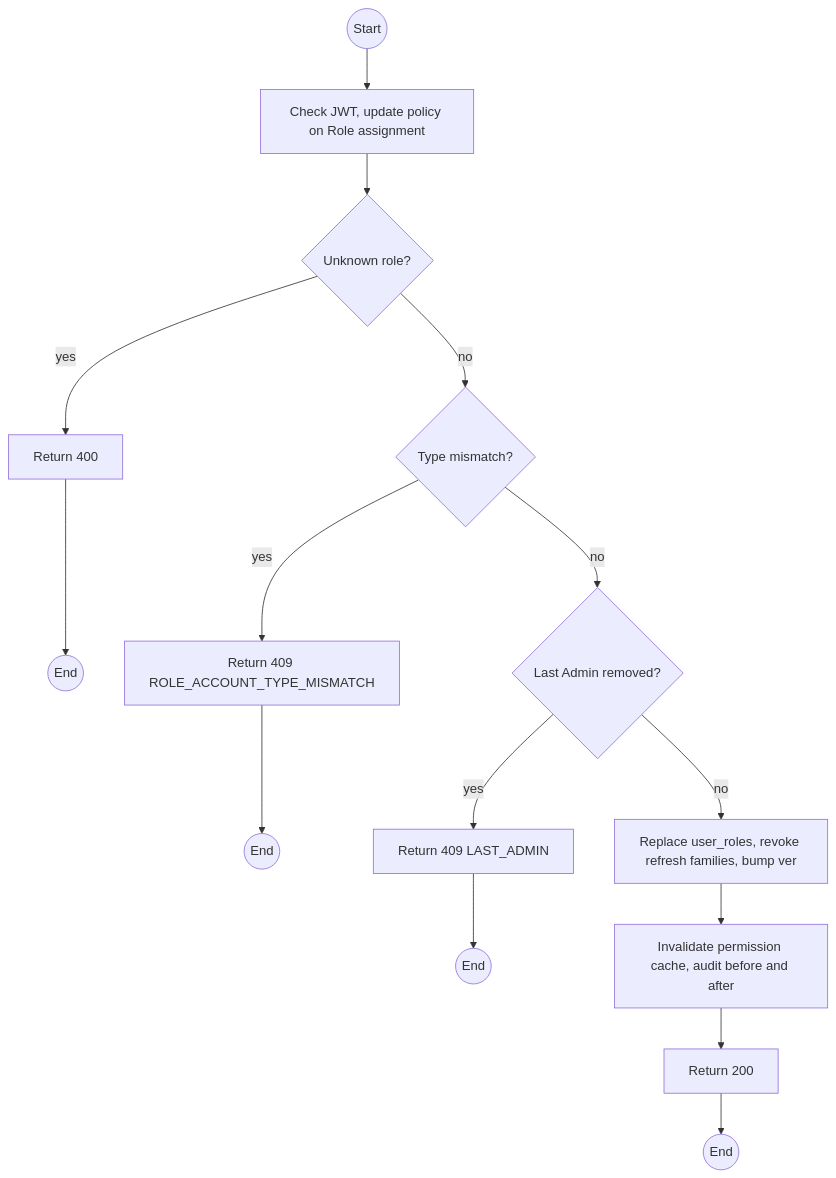
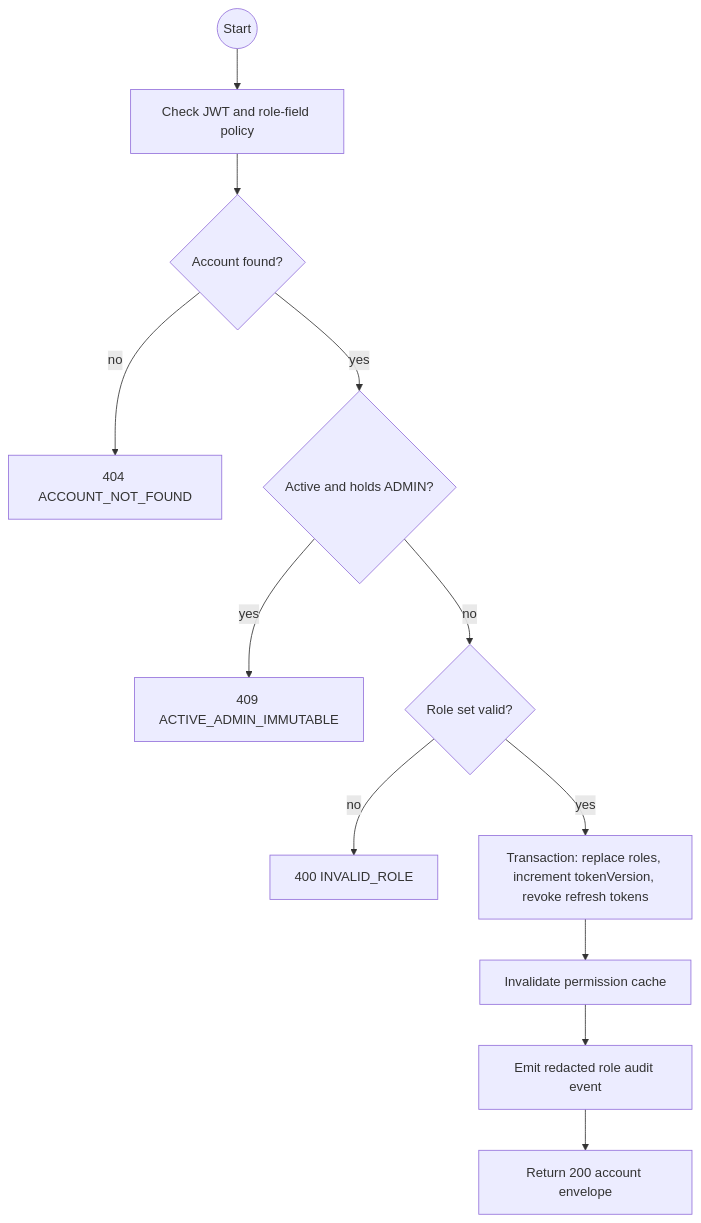
Before and after one commit to TrekLink-Team/treklink-web: the first of 2 diagrams in specs/auth/api-design/14-put-users-roles.md, drawn with Mermaid. The commit also changed other lines of this file and 13 other files, not shown here.

Commit message:
docs(TK-22): specify admin account management

````diff
--- a/specs/auth/api-design/14-put-users-roles.md
+++ b/specs/auth/api-design/14-put-users-roles.md
@@ -173,28 +81,14 @@
 ```mermaid
 flowchart TB
-    S((Start))
-    A1["Check JWT, update policy on Role assignment"]
-    S --> A1
-    D2{"Unknown role?"}
-    A1 --> D2
-    E2["Return 400"]
-    D2 -->|yes| E2
-    E2 --> X2((End))
-    D3{"Type mismatch?"}
-    D2 -->|no| D3
-    E3["Return 409 ROLE_ACCOUNT_TYPE_MISMATCH"]
-    D3 -->|yes| E3
-    E3 --> X3((End))
-    D4{"Last Admin removed?"}
-    D3 -->|no| D4
-    E4["Return 409 LAST_ADMIN"]
-    D4 -->|yes| E4
-    E4 --> X4((End))
-    A5["Replace user_roles, revoke refresh families, bump ver"]
-    D4 -->|no| A5
-    A6["Invalidate permission cache, audit before and after"]
-    A5 --> A6
-    OK["Return 200"]
-    A6 --> OK
-    OK --> Z((End))
+    S((Start)) --> G[Check JWT and role-field policy]
+    G --> F{Account found?}
+    F -->|no| E1[404 ACCOUNT_NOT_FOUND]
+    F -->|yes| A{Active and holds ADMIN?}
+    A -->|yes| E2[409 ACTIVE_ADMIN_IMMUTABLE]
+    A -->|no| R{Role set valid?}
+    R -->|no| E3[400 INVALID_ROLE]
+    R -->|yes| T[Transaction: replace roles, increment tokenVersion, revoke refresh tokens]
+    T --> C[Invalidate permission cache]
+    C --> U[Emit redacted role audit event]
+    U --> O[Return 200 account envelope]
 ```
````
